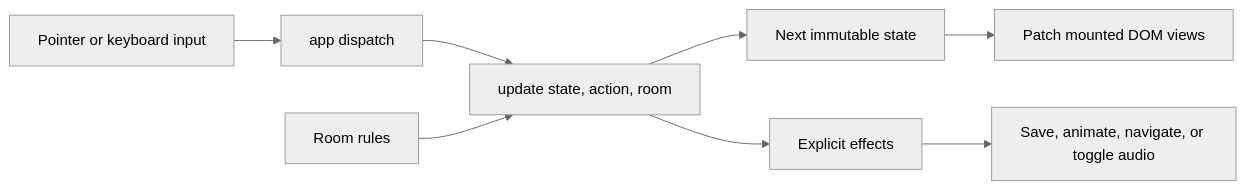
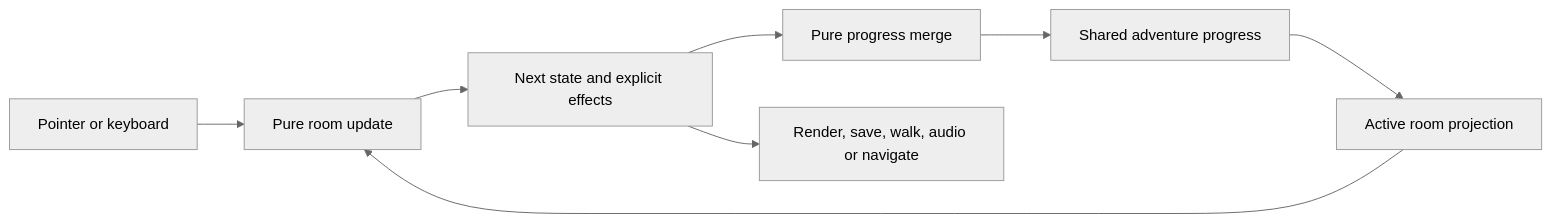
One commit to gardenm/savagely-optimized-sierra changed the diagram in docs/architecture.md. Above: the diagram before and after it, drawn with Mermaid (neutral theme). The commit also changed other lines of this file and 28 other files, not shown here.

Commit message:
Share adventure inventory and progress across rooms

````diff
--- a/docs/architecture.md
+++ b/docs/architecture.md
@@ -7,10 +15,10 @@
 ```mermaid
 flowchart LR
-  Input[Pointer or keyboard input] --> Dispatch[app dispatch]
-  Dispatch --> Reducer[update state, action, room]
-  Room[Room rules] --> Reducer
-  Reducer --> State[Next immutable state]
-  State --> Views[Patch mounted DOM views]
-  Reducer --> Effects[Explicit effects]
-  Effects --> Browser[Save, animate, navigate, or toggle audio]
+  Input[Pointer or keyboard] --> RoomReducer[Pure room update]
+  World[Shared adventure progress] --> Projection[Active room projection]
+  Projection --> RoomReducer
+  RoomReducer --> Result[Next state and explicit effects]
+  Result --> Merge[Pure progress merge]
+  Merge --> World
+  Result --> Browser[Render, save, walk, audio or navigate]
 ```
````
